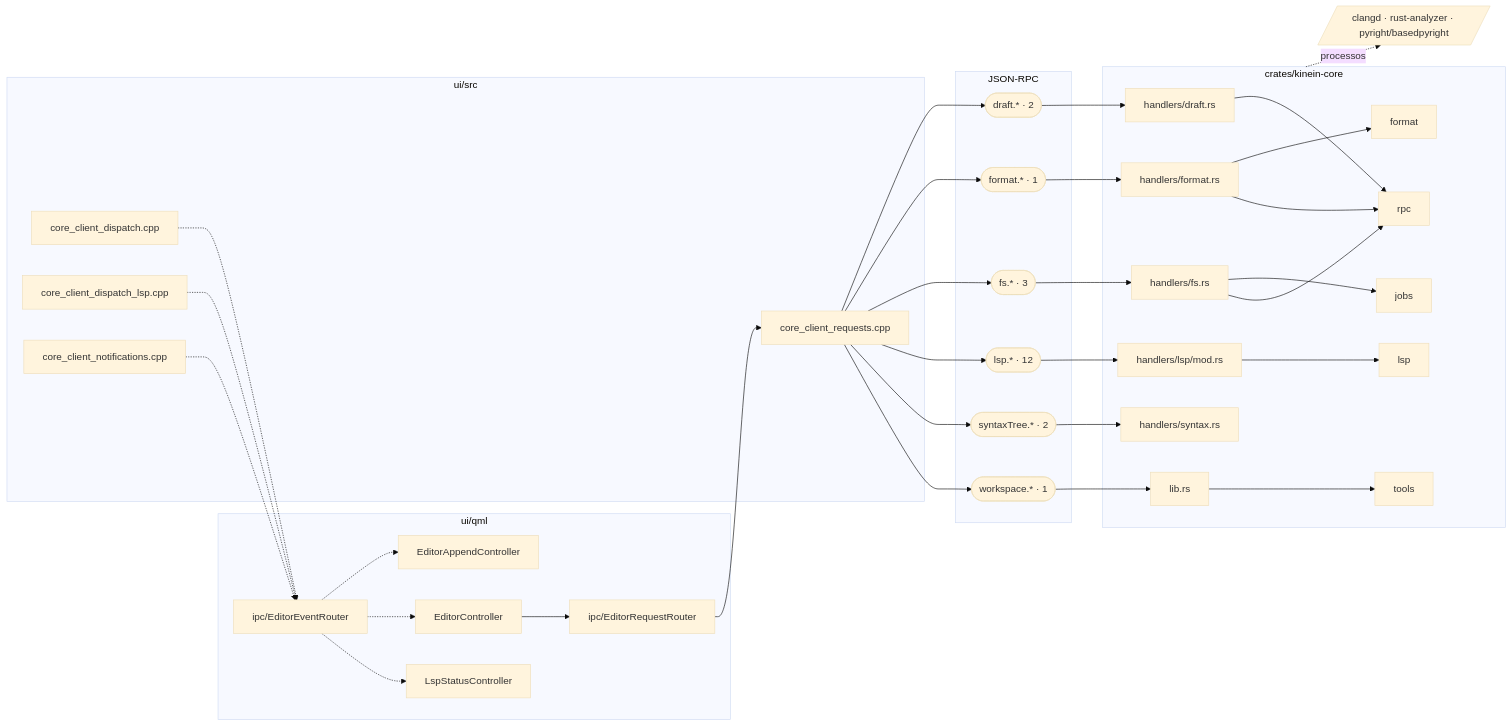
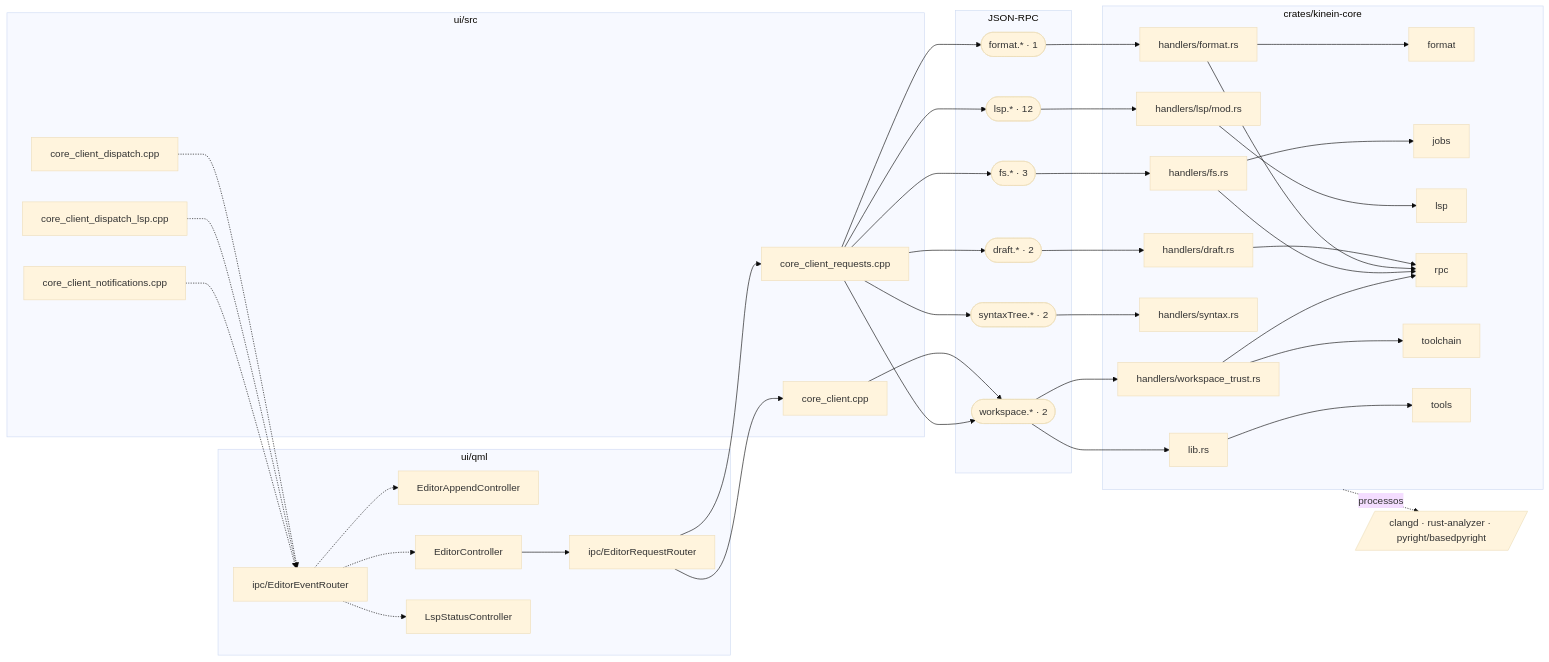
Before and after one commit to ViktorWalde/KineinVectis: the fifth of 16 diagrams in DocsPublic/arquitetura/01-mapa-de-modulos.md, drawn with Mermaid (base theme). The commit also changed other lines of this file and 36 other files, not shown here.

````diff
--- a/DocsPublic/arquitetura/01-mapa-de-modulos.md
+++ b/DocsPublic/arquitetura/01-mapa-de-modulos.md
@@ -497,66 +498,74 @@
 ```mermaid
 flowchart LR
   subgraph QML["ui/qml"]
     n_ui_qml_editor_EditorAppendController_qml["EditorAppendController"]
     n_ui_qml_editor_EditorController_qml["EditorController"]
     n_ui_qml_workspace_LspStatusController_qml["LspStatusController"]
     n_ui_qml_ipc_EditorRequestRouter_qml["ipc/EditorRequestRouter"]
     n_ui_qml_ipc_EditorEventRouter_qml["ipc/EditorEventRouter"]
   end
   subgraph CPP["ui/src"]
+    n_ui_src_core_client_cpp["core_client.cpp"]
     n_ui_src_core_client_dispatch_cpp["core_client_dispatch.cpp"]
     n_ui_src_core_client_dispatch_lsp_cpp["core_client_dispatch_lsp.cpp"]
     n_ui_src_core_client_notifications_cpp["core_client_notifications.cpp"]
     n_ui_src_core_client_requests_cpp["core_client_requests.cpp"]
   end
   subgraph IPC["JSON-RPC"]
     n_ipc_draft(["draft.* · 2"])
     n_ipc_format(["format.* · 1"])
     n_ipc_fs(["fs.* · 3"])
     n_ipc_lsp(["lsp.* · 12"])
     n_ipc_syntaxTree(["syntaxTree.* · 2"])
-    n_ipc_workspace(["workspace.* · 1"])
+    n_ipc_workspace(["workspace.* · 2"])
   end
   subgraph CORE["crates/kinein-core"]
     n_crates_kinein_core_src_handlers_draft_rs["handlers/draft.rs"]
     n_crates_kinein_core_src_handlers_format_rs["handlers/format.rs"]
     n_crates_kinein_core_src_handlers_fs_rs["handlers/fs.rs"]
     n_crates_kinein_core_src_handlers_lsp_mod_rs["handlers/lsp/mod.rs"]
     n_crates_kinein_core_src_handlers_syntax_rs["handlers/syntax.rs"]
+    n_crates_kinein_core_src_handlers_workspace_trust_rs["handlers/workspace_trust.rs"]
     n_crates_kinein_core_src_lib_rs["lib.rs"]
     n_core_format[format]
     n_core_jobs[jobs]
     n_core_lsp[lsp]
     n_core_rpc[rpc]
+    n_core_toolchain[toolchain]
     n_core_tools[tools]
   end
   n_tools_editor[/"clangd · rust-analyzer · pyright/basedpyright"/]
   n_ui_qml_editor_EditorController_qml --> n_ui_qml_ipc_EditorRequestRouter_qml
   n_ui_qml_ipc_EditorEventRouter_qml -.-> n_ui_qml_editor_EditorAppendController_qml
   n_ui_qml_ipc_EditorEventRouter_qml -.-> n_ui_qml_editor_EditorController_qml
   n_ui_qml_ipc_EditorEventRouter_qml -.-> n_ui_qml_workspace_LspStatusController_qml
+  n_ui_qml_ipc_EditorRequestRouter_qml --> n_ui_src_core_client_cpp
   n_ui_qml_ipc_EditorRequestRouter_qml --> n_ui_src_core_client_requests_cpp
+  n_ui_src_core_client_cpp --> n_ipc_workspace
   n_ui_src_core_client_dispatch_cpp -.-> n_ui_qml_ipc_EditorEventRouter_qml
   n_ui_src_core_client_dispatch_lsp_cpp -.-> n_ui_qml_ipc_EditorEventRouter_qml
   n_ui_src_core_client_notifications_cpp -.-> n_ui_qml_ipc_EditorEventRouter_qml
   n_ui_src_core_client_requests_cpp --> n_ipc_draft
   n_ui_src_core_client_requests_cpp --> n_ipc_format
   n_ui_src_core_client_requests_cpp --> n_ipc_fs
   n_ui_src_core_client_requests_cpp --> n_ipc_lsp
   n_ui_src_core_client_requests_cpp --> n_ipc_syntaxTree
   n_ui_src_core_client_requests_cpp --> n_ipc_workspace
   n_ipc_draft --> n_crates_kinein_core_src_handlers_draft_rs
   n_crates_kinein_core_src_handlers_draft_rs --> n_core_rpc
   n_ipc_format --> n_crates_kinein_core_src_handlers_format_rs
   n_crates_kinein_core_src_handlers_format_rs --> n_core_format
   n_crates_kinein_core_src_handlers_format_rs --> n_core_rpc
   n_ipc_fs --> n_crates_kinein_core_src_handlers_fs_rs
   n_crates_kinein_core_src_handlers_fs_rs --> n_core_jobs
   n_crates_kinein_core_src_handlers_fs_rs --> n_core_rpc
   n_ipc_lsp --> n_crates_kinein_core_src_handlers_lsp_mod_rs
   n_crates_kinein_core_src_handlers_lsp_mod_rs --> n_core_lsp
   n_ipc_syntaxTree --> n_crates_kinein_core_src_handlers_syntax_rs
+  n_ipc_workspace --> n_crates_kinein_core_src_handlers_workspace_trust_rs
+  n_crates_kinein_core_src_handlers_workspace_trust_rs --> n_core_rpc
+  n_crates_kinein_core_src_handlers_workspace_trust_rs --> n_core_toolchain
   n_ipc_workspace --> n_crates_kinein_core_src_lib_rs
   n_crates_kinein_core_src_lib_rs --> n_core_tools
   CORE -.->|processos| n_tools_editor
 ```
````
